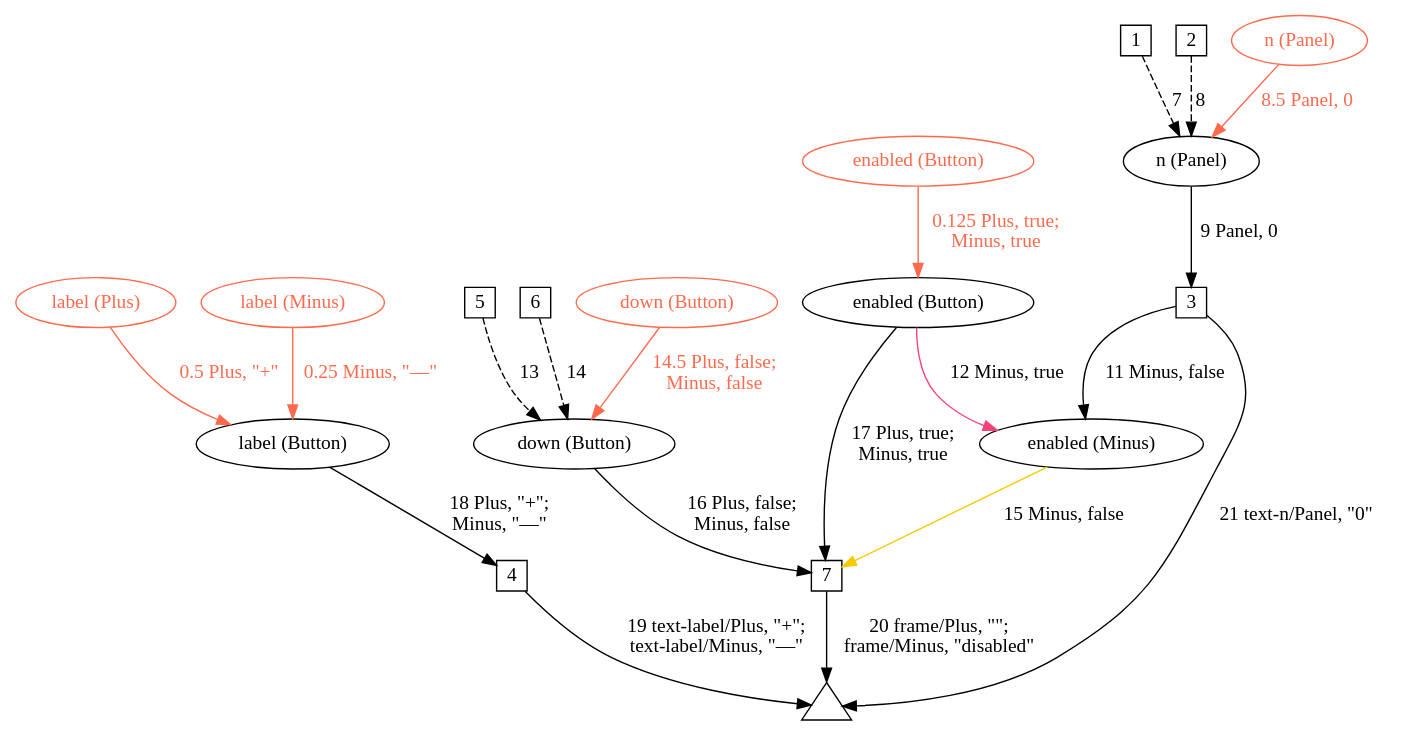
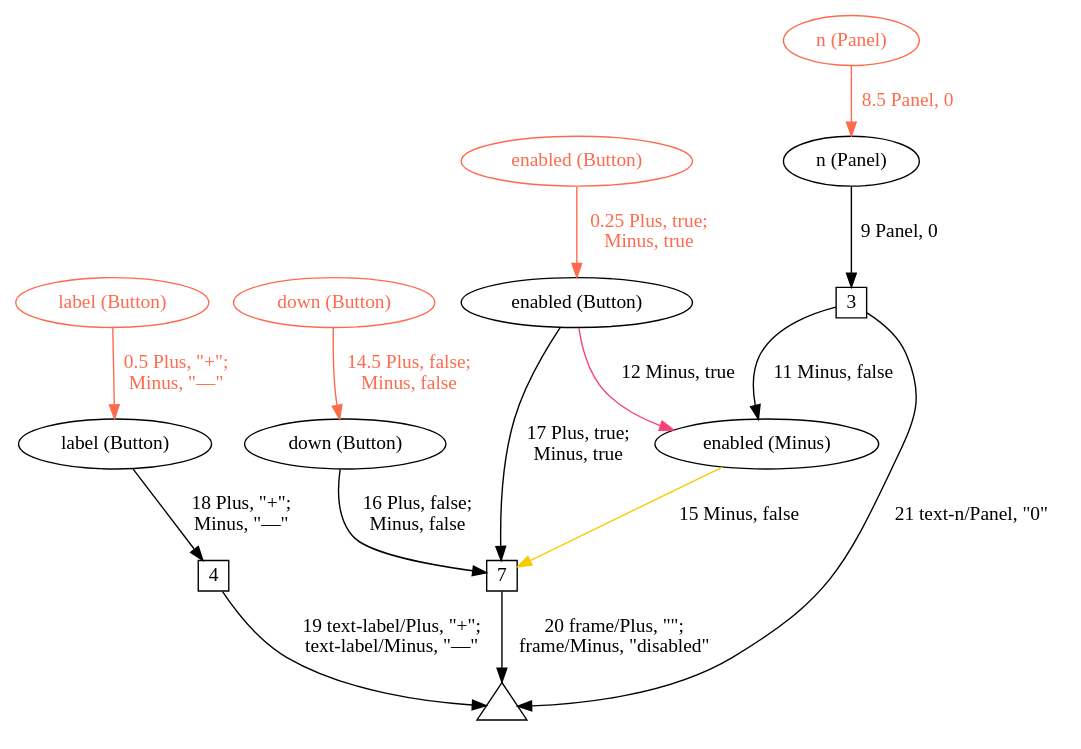
Before and after one commit to bendr/bender: the diagram in spec/fig/graph-init.gv, drawn with Graphviz. The commit also changed 9 other files, not shown here.

```diff
--- a/spec/fig/graph-init.gv
+++ b/spec/fig/graph-init.gv
@@ -1,82 +1,72 @@
 digraph bender {
   node [fontname="Avenir Next"];
   edge [fontname="Avenir Next"];
 
   t [label="", shape=triangle, fixedsize=true, width=0.5];
   w4 [label="4", shape=square, fixedsize=true, width=0.3];
   label [label="label (Button)"];
-  w5 [label="5", shape=square, fixedsize=true, width=0.3];
-  w6 [label="6", shape=square, fixedsize=true, width=0.3];
   down [label="down (Button)"];
   w7 [label="7", shape=square, fixedsize=true, width=0.3];
   enabled [label="enabled (Button)"];
-  w1 [label="1", shape=square, fixedsize=true, width=0.3];
   n [label="n (Panel)"];
-  w2 [label="2", shape=square, fixedsize=true, width=0.3];
   w3 [label="3", shape=square, fixedsize=true, width=0.3];
   menabled [label="enabled (Minus)"];
 
-  init_plabel [label="label (Plus)", color="#ff6a4d", fontcolor="#ff6a4d"];
-  init_mlabel [label="label (Minus)", color="#ff6a4d", fontcolor="#ff6a4d"];
+  init_label [label="label (Button)", color="#ff6a4d", fontcolor="#ff6a4d"];
   init_enabled [label="enabled (Button)", color="#ff6a4d", fontcolor="#ff6a4d"];
   init_n [label="n (Panel)", color="#ff6a4d", fontcolor="#ff6a4d"];
   init_down [label="down (Button)", color="#ff6a4d", fontcolor="#ff6a4d"];
 
-  init_enabled -> enabled [label=" 0.125 Plus, true;\n Minus, true", color="#ff6a4d", fontcolor="#ff6a4d"]
-  init_mlabel -> label [color="#ff6a4d", fontcolor="#ff6a4d", label=" 0.25 Minus, \"—\""];
-  init_plabel -> label [label=" 0.5 Plus, \"+\"", color="#ff6a4d", fontcolor="#ff6a4d"]
-  w1 -> n [label=" 7", style=dashed];
-  w2 -> n [label=" 8", style=dashed];
+  init_enabled -> enabled [label=" 0.25 Plus, true;\n Minus, true", color="#ff6a4d", fontcolor="#ff6a4d"]
+  init_label -> label [color="#ff6a4d", fontcolor="#ff6a4d", label=" 0.5 Plus, \"+\";\n Minus, \"—\""];
   init_n -> n [color="#ff6a4d", fontcolor="#ff6a4d", label=" 8.5 Panel, 0"];
   n -> w3 [label=" 9 Panel, 0"];
   w3 -> menabled [label=" 11 Minus, false"];
   enabled -> menabled [label=" 12 Minus, true", color="#f94179"];
-  w5 -> down [label=" 13", style=dashed];
-  w6 -> down [label=" 14", style=dashed];
   init_down -> down [label=" 14.5 Plus, false;\n Minus, false", color="#ff6a4d", fontcolor="#ff6a4d"]
   menabled -> w7 [label=" 15 Minus, false", color="#f8ca00"];
   down -> w7 [label=" 16 Plus, false;\n Minus, false"];
   enabled -> w7 [label=" 17 Plus, true;\n Minus, true"];
   label -> w4 [label=" 18 Plus, \"+\";\n Minus, \"—\""];
   w4 -> t [label=" 19 text-label/Plus, \"+\";\n text-label/Minus, \"—\""];
   w7 -> t [label=" 20 frame/Plus, \"\";\n frame/Minus, \"disabled\""];
   w3 -> t [label=" 21 text-n/Panel, \"0\""];
 
 
 
 
 
   /*
   n [label="n (Panel)"];
   w3 [label="3", shape=square, fixedsize=true, width=0.3];
   menabled [label="enabled (Minus)"];
   n -> w3 [label=" Panel, 0"];
   w3 -> t [label=" text-n/Panel, \"0\""];
   w3 -> menabled [label=" Minus, false"];
 
   init_mlabel [label="label (Minus)", color="#ff6a4d", fontcolor="#ff6a4d"];
   init_plabel [label="label (Plus)", color="#ff6a4d", fontcolor="#ff6a4d"];
   init_mlabel -> label [color="#ff6a4d", fontcolor="#ff6a4d", label=" Minus, \"—\""];
   init_plabel -> label [color="#ff6a4d", fontcolor="#ff6a4d", label=" Plus, \"+\""];
   label [label="label (Button)"];
   w4 [label="4", shape=square, fixedsize=true, width=0.3];
   label -> w4 [label=" Plus, \"+\"\n Minus, \"—\""];
   w4 -> t [label=" text-label/Plus, \"+\"\n text-label/Minus, \"—\""];
 
   init_down [label="down (Button)", color="#ff6a4d", fontcolor="#ff6a4d"];
   init_down -> down [color="#ff6a4d", fontcolor="#ff6a4d", label=" Plus, false\n Minus, false"];
   down [label="down (Button)"];
 
   w7 [label="7", shape=square, fixedsize=true, width=0.3];
   down -> w7 [label=" Plus, false\n Minus, false"];
 
   enabled -> w7 [label=" Plus, true\n Minus, true"];
   enabled -> menabled [label=" Minus, true", color="#f94179"];
   init_enabled [label="down (Button)", color="#ff6a4d", fontcolor="#ff6a4d"];
   init_enabled -> enabled [color="#ff6a4d", fontcolor="#ff6a4d", label=" Plus, true\n Minus, true"];
   enabled [label="enabled (Button)"];
   menabled -> w7 [label=" Minus, false", color="#f8ca00"];
   w7 -> t [label=" frame/Plus, \"\"\n frame/Minus, \"disabled\""];
 */
 
 }
```
